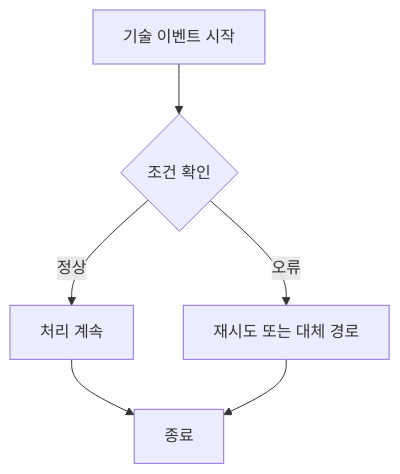
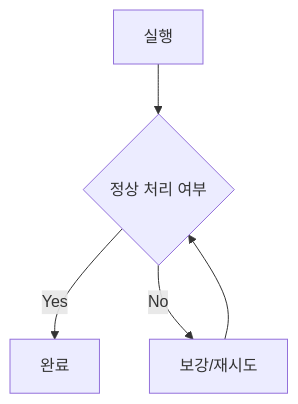
Before and after one commit to JuJin1324/problem-solving-skills: the second of 4 diagrams in .codex/skills/design-implementation/templates/design-implementation.md, drawn with Mermaid. The commit also changed other lines of this file and 54 other files, not shown here.

````diff
--- a/.codex/skills/design-implementation/templates/design-implementation.md
+++ b/.codex/skills/design-implementation/templates/design-implementation.md
@@ -142,8 +46,7 @@
 ```mermaid
 flowchart TD
-  A[기술 이벤트 시작] --> B{조건 확인}
-  B -->|정상| C[처리 계속]
-  B -->|오류| D[재시도 또는 대체 경로]
-  C --> E[종료]
-  D --> E
+  A[실행] --> B{정상 처리 여부}
+  B -->|Yes| C[완료]
+  B -->|No| D[보강/재시도]
+  D --> B
 ```
````
